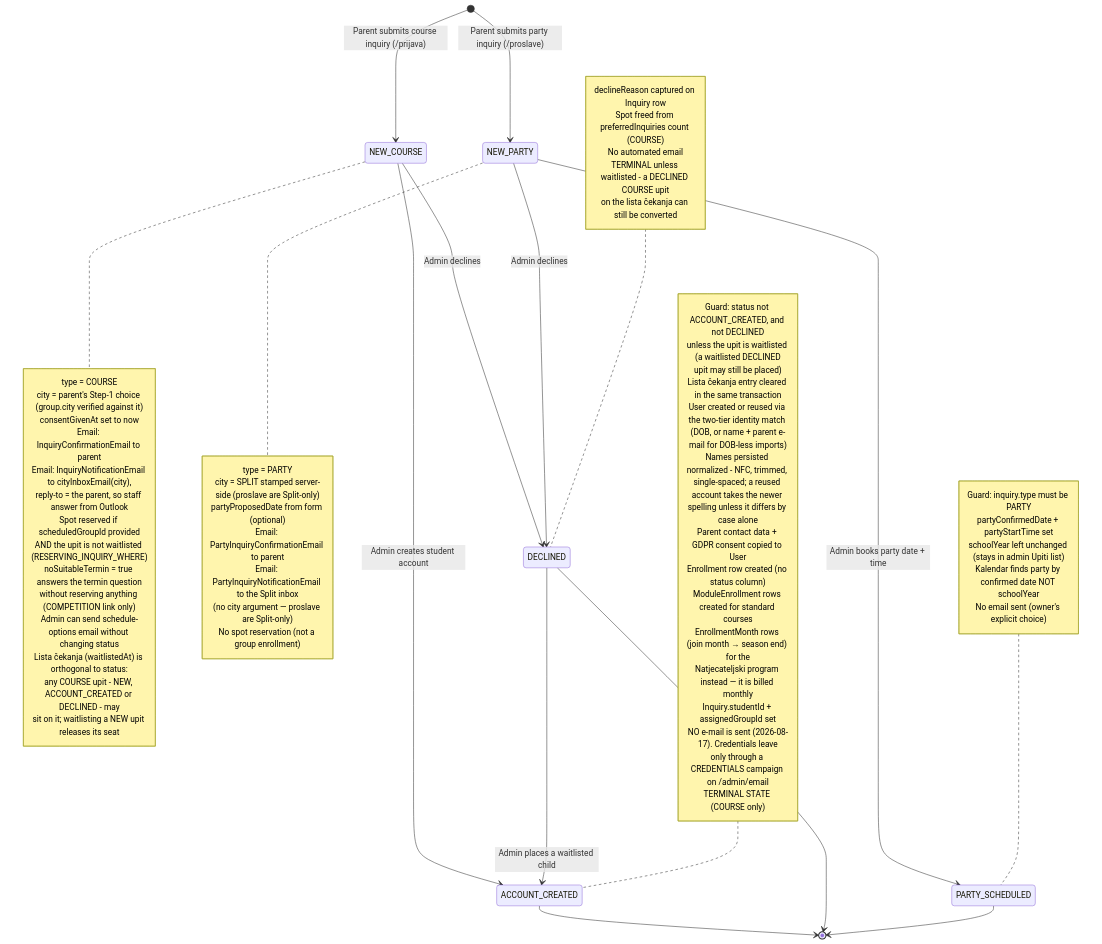
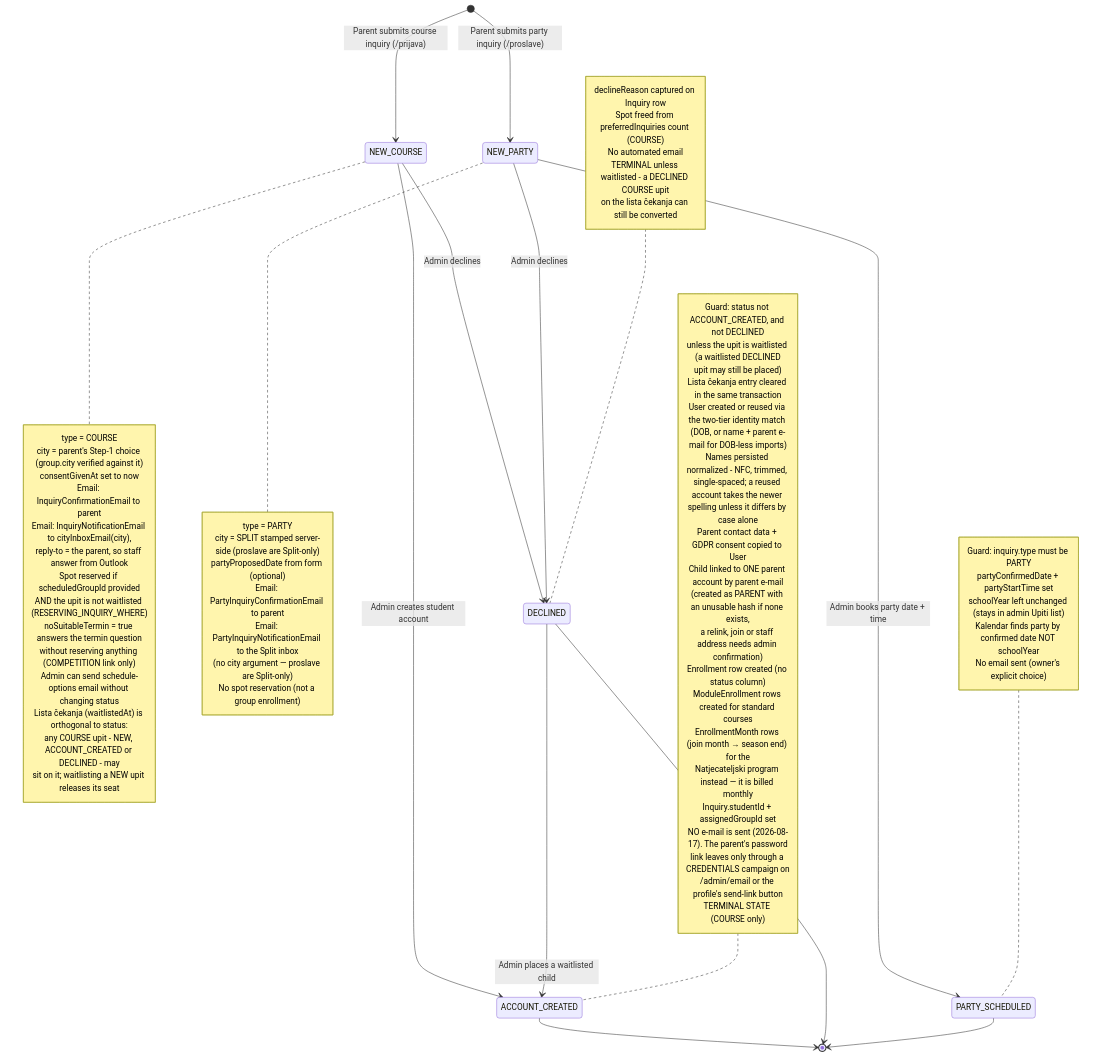
The first of 17 diagrams in docs/diagrams/enrollment-rules.md (jpucic00/inovatic), drawn with Mermaid before and after one commit. The commit also changed other lines of this file and 22 other files, not shown here.

````diff
--- a/docs/diagrams/enrollment-rules.md
+++ b/docs/diagrams/enrollment-rules.md
@@ -13,78 +13,82 @@
 ```mermaid
 stateDiagram-v2
     [*] --> NEW_COURSE: Parent submits course inquiry (/prijava)
     [*] --> NEW_PARTY: Parent submits party inquiry (/proslave)
 
     NEW_COURSE --> ACCOUNT_CREATED: Admin creates student account
     NEW_COURSE --> DECLINED: Admin declines
 
     NEW_PARTY --> PARTY_SCHEDULED: Admin books party date + time
     NEW_PARTY --> DECLINED: Admin declines
 
     DECLINED --> ACCOUNT_CREATED: Admin places a waitlisted child
 
     ACCOUNT_CREATED --> [*]
     DECLINED --> [*]
     PARTY_SCHEDULED --> [*]
 
     note right of NEW_COURSE
         type = COURSE
         city = parent's Step-1 choice (group.city verified against it)
         consentGivenAt set to now
         Email: InquiryConfirmationEmail to parent
         Email: InquiryNotificationEmail to cityInboxEmail(city),
         reply-to = the parent, so staff answer from Outlook
         Spot reserved if scheduledGroupId provided
         AND the upit is not waitlisted (RESERVING_INQUIRY_WHERE)
         noSuitableTermin = true answers the termin question
         without reserving anything (COMPETITION link only)
         Admin can send schedule-options email without changing status
         Lista čekanja (waitlistedAt) is orthogonal to status:
         any COURSE upit - NEW, ACCOUNT_CREATED or DECLINED - may
         sit on it; waitlisting a NEW upit releases its seat
     end note
 
     note right of NEW_PARTY
         type = PARTY
         city = SPLIT stamped server-side (proslave are Split-only)
         partyProposedDate from form (optional)
         Email: PartyInquiryConfirmationEmail to parent
         Email: PartyInquiryNotificationEmail to the Split inbox
         (no city argument — proslave are Split-only)
         No spot reservation (not a group enrollment)
     end note
 
     note left of ACCOUNT_CREATED
         Guard: status not ACCOUNT_CREATED, and not DECLINED
         unless the upit is waitlisted (a waitlisted DECLINED
         upit may still be placed)
         Lista čekanja entry cleared in the same transaction
         User created or reused via the two-tier identity match (DOB, or name + parent e-mail for DOB-less imports)
         Names persisted normalized - NFC, trimmed, single-spaced; a reused account takes the newer spelling unless it differs by case alone
         Parent contact data + GDPR consent copied to User
+        Child linked to ONE parent account by parent e-mail
+        (created as PARENT with an unusable hash if none exists,
+        a relink, join or staff address needs admin confirmation)
         Enrollment row created (no status column)
         ModuleEnrollment rows created for standard courses
         EnrollmentMonth rows (join month → season end) for the
         Natjecateljski program instead — it is billed monthly
         Inquiry.studentId + assignedGroupId set
-        NO e-mail is sent (2026-08-17). Credentials leave
-        only through a CREDENTIALS campaign on /admin/email
+        NO e-mail is sent (2026-08-17). The parent's password
+        link leaves only through a CREDENTIALS campaign on
+        /admin/email or the profile's send-link button
         TERMINAL STATE (COURSE only)
     end note
 
     note left of PARTY_SCHEDULED
         Guard: inquiry.type must be PARTY
         partyConfirmedDate + partyStartTime set
         schoolYear left unchanged (stays in admin Upiti list)
         Kalendar finds party by confirmed date NOT schoolYear
         No email sent (owner's explicit choice)
     end note
 
     note left of DECLINED
         declineReason captured on Inquiry row
         Spot freed from preferredInquiries count (COURSE)
         No automated email
         TERMINAL unless waitlisted - a DECLINED COURSE upit
         on the lista čekanja can still be converted
     end note
 ```
````
